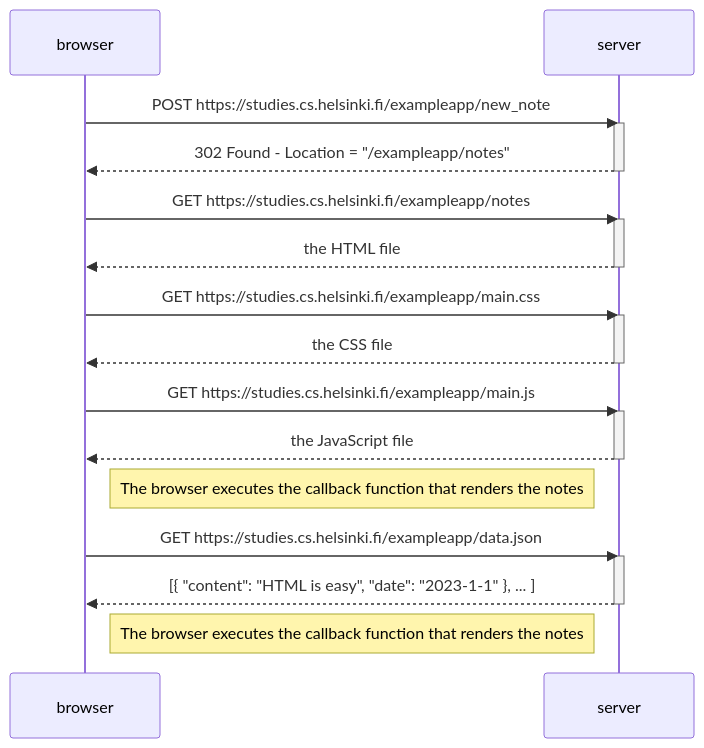
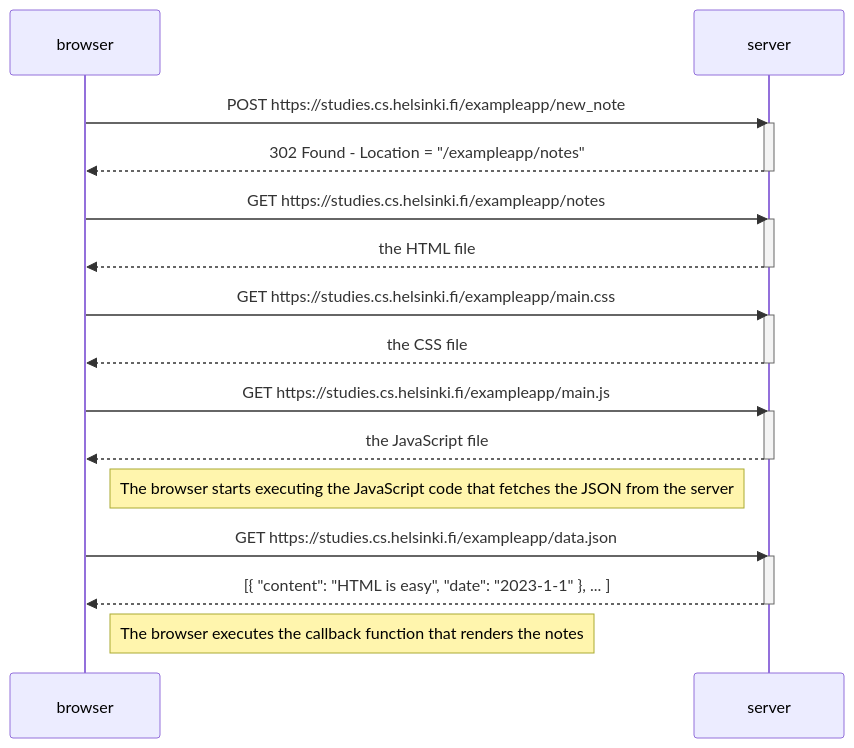
One commit to d-dven/full-stack-open changed the diagram in part 0/ex4.md. Above: the diagram before and after it, drawn with Mermaid. The commit also changed 2 other files, not shown here.

````diff
--- a/part 0/ex4.md
+++ b/part 0/ex4.md
@@ -1,34 +1,34 @@
 ```mermaid
 sequenceDiagram
     participant browser
     participant server
 
     browser->>server: POST https://studies.cs.helsinki.fi/exampleapp/new_note
     activate server
     server-->>browser: 302 Found - Location = "/exampleapp/notes"
     deactivate server
 
     browser->>server: GET https://studies.cs.helsinki.fi/exampleapp/notes
     activate server
     server-->>browser: the HTML file
     deactivate server
 
     browser->>server: GET https://studies.cs.helsinki.fi/exampleapp/main.css
     activate server
     server-->>browser: the CSS file
     deactivate server
 
     browser->>server: GET https://studies.cs.helsinki.fi/exampleapp/main.js
     activate server
     server-->>browser: the JavaScript file
     deactivate server
     
-    Note right of browser: The browser executes the callback function that renders the notes
-
+    Note right of browser: The browser starts executing the JavaScript code that fetches the JSON from the server
+    
     browser->>server: GET https://studies.cs.helsinki.fi/exampleapp/data.json
     activate server
     server-->>browser: [{ "content": "HTML is easy", "date": "2023-1-1" }, ... ]
     deactivate server
 
     Note right of browser: The browser executes the callback function that renders the notes
 ```
````
